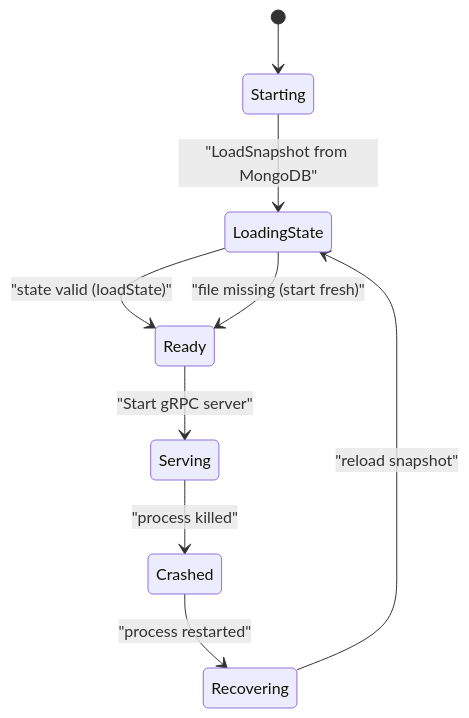
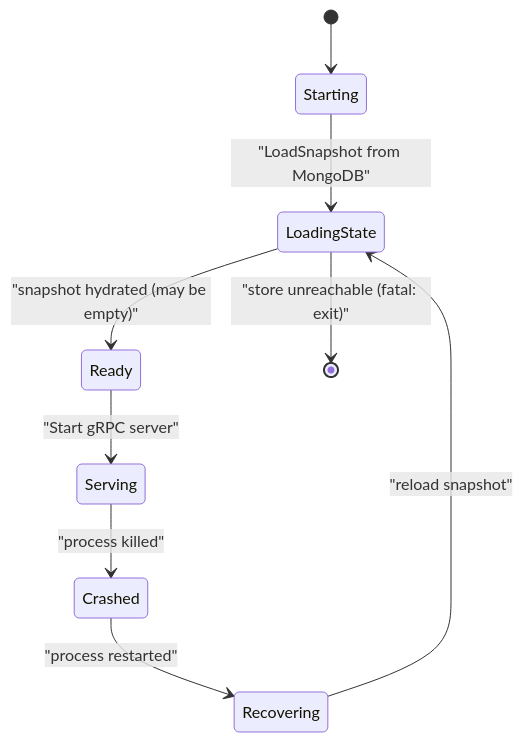
Before and after one commit to DVFS-IIT-Gandhinagar/Distributed-Virtual-File-System: the sixth of 6 diagrams in docs/diagrams/metaserver_coordinator.md, drawn with Mermaid. The commit also changed 12 other files, not shown here.

````diff
--- a/docs/diagrams/metaserver_coordinator.md
+++ b/docs/diagrams/metaserver_coordinator.md
@@ -119,18 +119,18 @@
 ```mermaid
 stateDiagram-v2
     state "Starting" as Starting
     state "LoadingState" as LoadingState
     state "Ready" as Ready
     state "Serving" as Serving
     state "Crashed" as Crashed
     state "Recovering" as Recovering
 
     [*] --> Starting
     Starting --> LoadingState : "LoadSnapshot from MongoDB"
-    LoadingState --> Ready : "state valid (loadState)"
-    LoadingState --> Ready : "file missing (start fresh)"
+    LoadingState --> Ready : "snapshot hydrated (may be empty)"
+    LoadingState --> [*] : "store unreachable (fatal: exit)"
     Ready --> Serving : "Start gRPC server"
     Serving --> Crashed : "process killed"
     Crashed --> Recovering : "process restarted"
     Recovering --> LoadingState : "reload snapshot"
 ```
````
